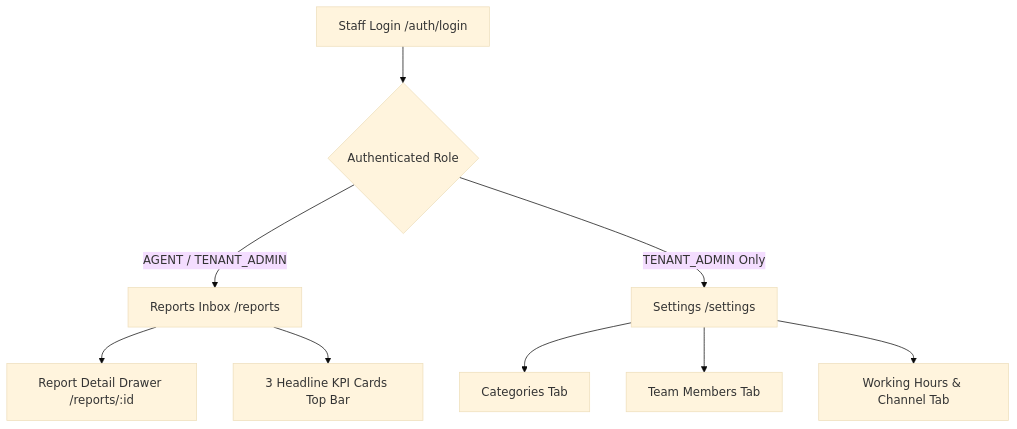
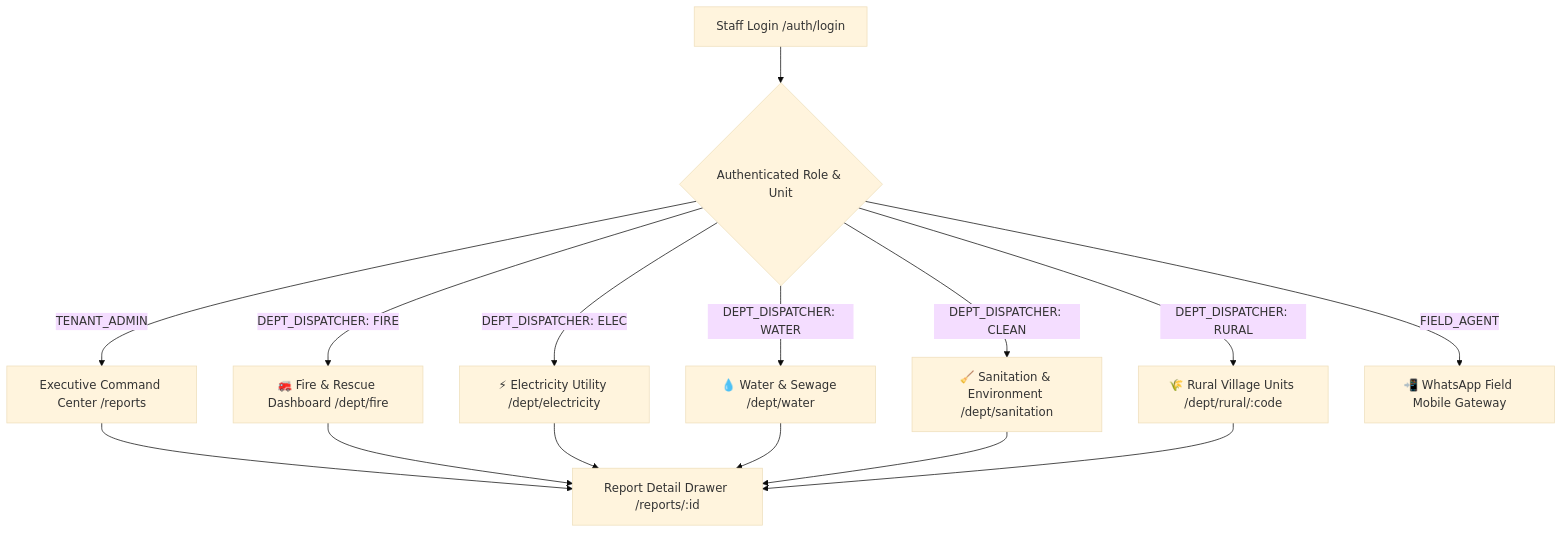
The diagram in docs/06-dashboard-design.md (khaledazam/Cineplawin-Connect), drawn with Mermaid (base theme) before and after one commit. The commit also changed other lines of this file and 1 other file, not shown here.

Commit message:
feat(architecture): add Department model and Multi-Department Dashboard routing specs

````diff
--- a/docs/06-dashboard-design.md
+++ b/docs/06-dashboard-design.md
@@ -19,11 +24,18 @@
 ```mermaid
 graph TD
-    A[Staff Login /auth/login] --> B{Authenticated Role}
-    B -->|AGENT / TENANT_ADMIN| C[Reports Inbox /reports]
-    C --> D[Report Detail Drawer /reports/:id]
-    B -->|TENANT_ADMIN Only| E[Settings /settings]
-    E --> F[Categories Tab]
-    E --> G[Team Members Tab]
-    E --> H[Working Hours & Channel Tab]
-    C --> I[3 Headline KPI Cards Top Bar]
+    A[Staff Login /auth/login] --> B{Authenticated Role & Unit}
+    B -->|TENANT_ADMIN| C[Executive Command Center /reports]
+    B -->|DEPT_DISPATCHER: FIRE| D[🚒 Fire & Rescue Dashboard /dept/fire]
+    B -->|DEPT_DISPATCHER: ELEC| E[⚡ Electricity Utility /dept/electricity]
+    B -->|DEPT_DISPATCHER: WATER| F[💧 Water & Sewage /dept/water]
+    B -->|DEPT_DISPATCHER: CLEAN| G[🧹 Sanitation & Environment /dept/sanitation]
+    B -->|DEPT_DISPATCHER: RURAL| H[🌾 Rural Village Units /dept/rural/:code]
+    B -->|FIELD_AGENT| I[📲 WhatsApp Field Mobile Gateway]
+    
+    C --> J[Report Detail Drawer /reports/:id]
+    D --> J
+    E --> J
+    F --> J
+    G --> J
+    H --> J
 ```
````
